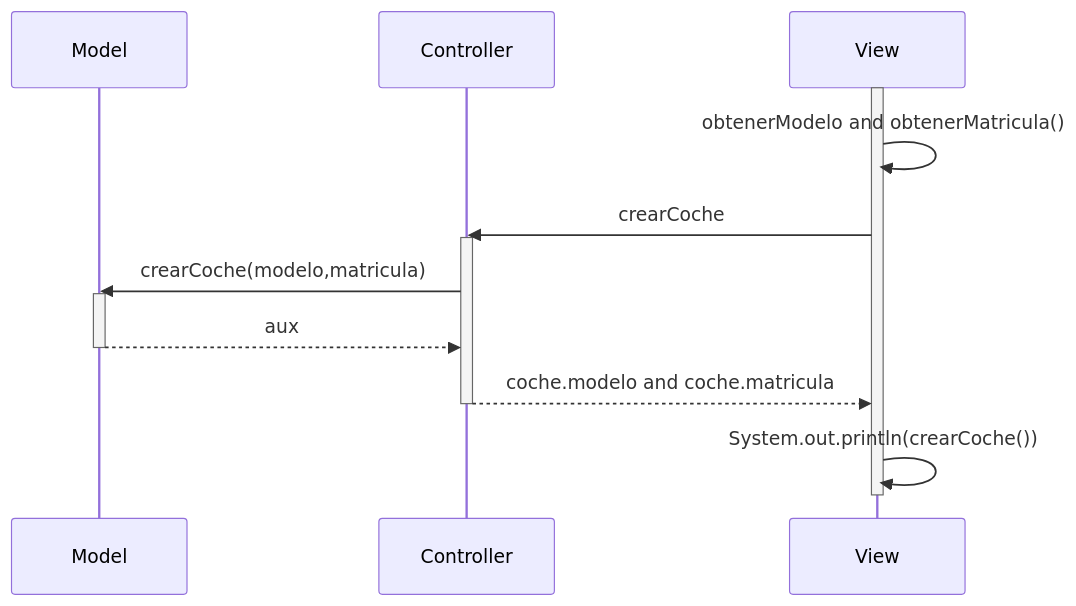
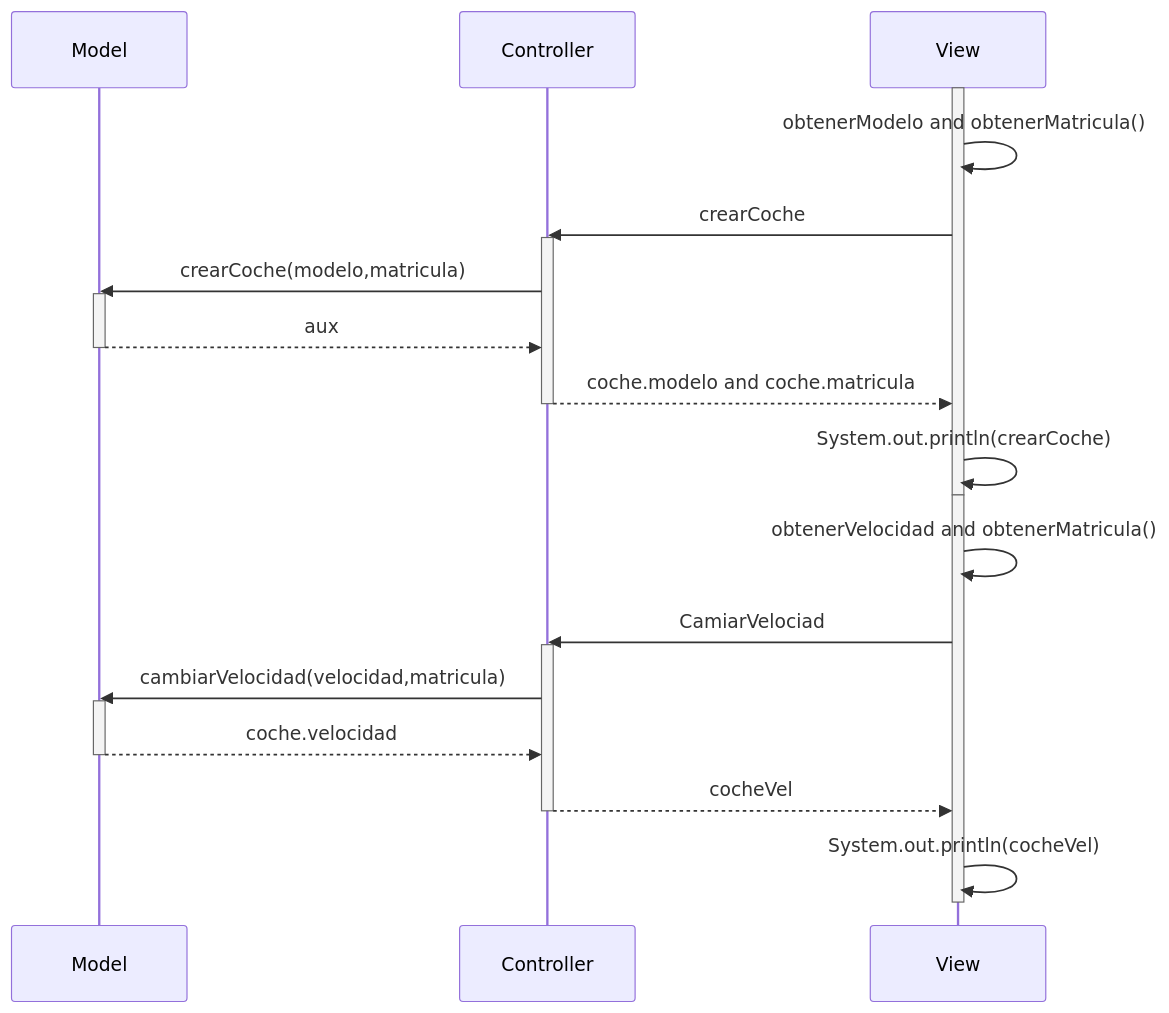
One commit to oliver-miguez/MVC_coches changed the diagram in ReadMe.md. Above: the diagram before and after it, drawn with Mermaid.

Commit message:
Fin diagrama

````diff
--- a/ReadMe.md
+++ b/ReadMe.md
@@ -1,19 +1,32 @@
 ```mermaid
 sequenceDiagram
     participant Model
     participant Controller
     participant View
     
     activate View
     View->>View:obtenerModelo and obtenerMatricula()
     View->>Controller:crearCoche
     activate Controller
     Controller->>Model:crearCoche(modelo,matricula)
     activate Model
     Model-->> Controller:aux
     deactivate Model
     Controller-->>View:coche.modelo and coche.matricula
     deactivate Controller
-    View->>View:System.out.println(crearCoche())
+    View->>View:System.out.println(crearCoche)
     deactivate View
+    activate View
+    View->>View:obtenerVelocidad and obtenerMatricula()
+    View->>Controller:CamiarVelociad
+    activate Controller
+    Controller->>Model:cambiarVelocidad(velocidad,matricula)
+    activate Model
+    Model-->> Controller:coche.velocidad
+    deactivate Model
+    Controller-->>View:cocheVel
+    deactivate Controller
+    View->>View:System.out.println(cocheVel)
+    deactivate View
+    
 ```
````
